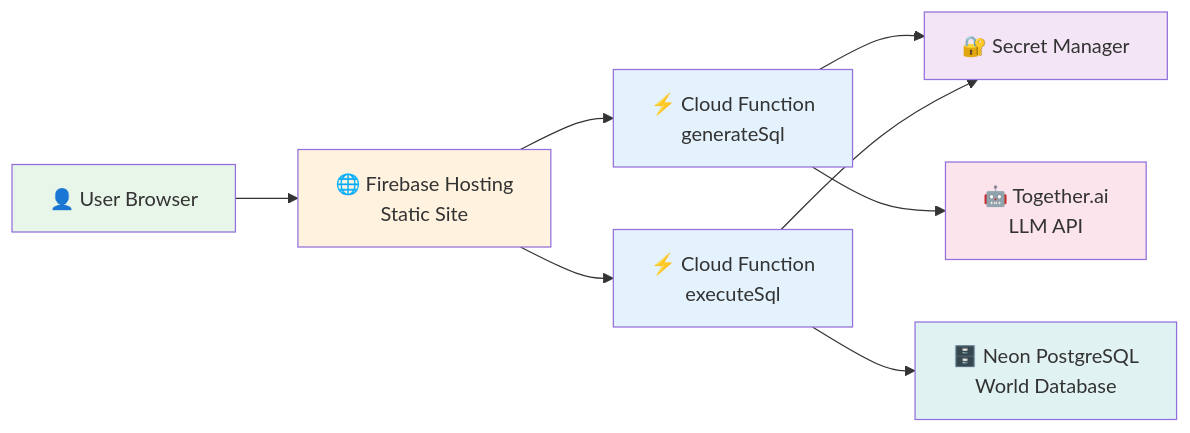
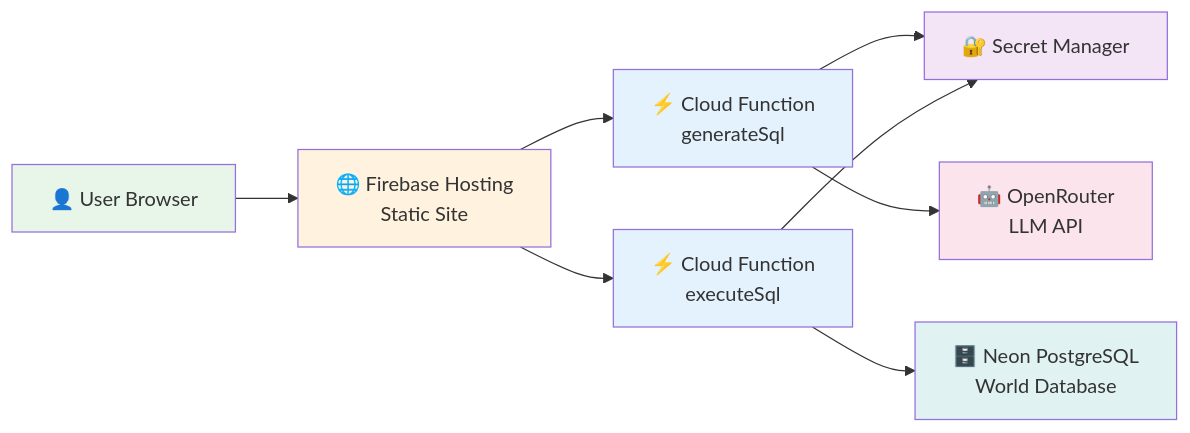
One commit to fdemirciler/natural_language_to_sql_query_generator changed the first of 2 diagrams in README.md. Above: the diagram before and after it, drawn with Mermaid. The commit also changed other lines of this file and 2 other files, not shown here.

Commit message:
LLM provider changed to openrouter

````diff
--- a/README.md
+++ b/README.md
@@ -57,18 +57,18 @@
 ```mermaid
 graph LR
     User[👤 User Browser] --> FH[🌐 Firebase Hosting<br/>Static Site]
     FH --> GS[⚡ Cloud Function<br/>generateSql]
     FH --> ES[⚡ Cloud Function<br/>executeSql]
     GS --> SM[🔐 Secret Manager]
     ES --> SM
-    GS --> AI[🤖 Together.ai<br/>LLM API]
+    GS --> AI[🤖 OpenRouter<br/>LLM API]
     ES --> DB[🗄️ Neon PostgreSQL<br/>World Database]
     
     style User fill:#E8F5E9
     style FH fill:#FFF3E0
     style GS fill:#E3F2FD
     style ES fill:#E3F2FD
     style SM fill:#F3E5F5
     style AI fill:#FCE4EC
     style DB fill:#E0F2F1
 ```
````
